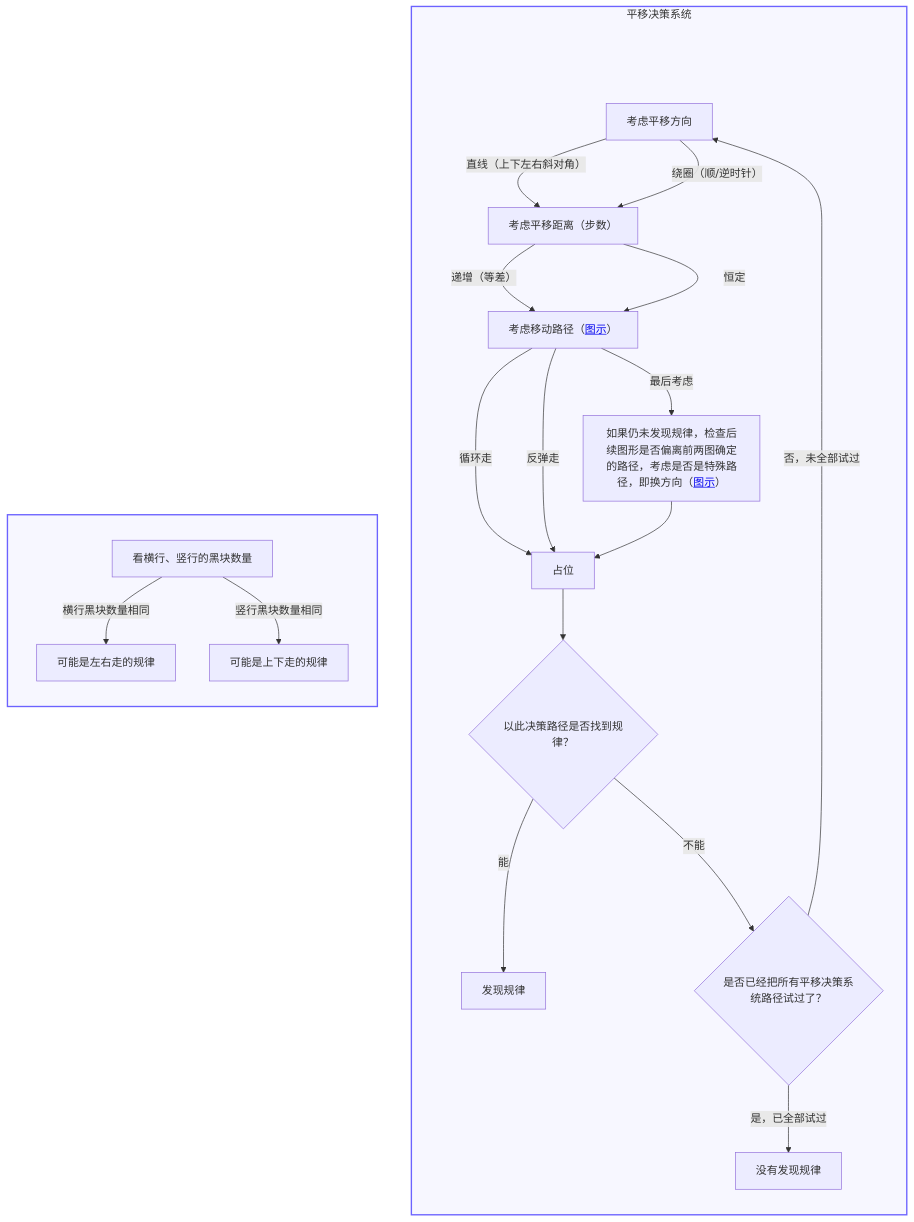
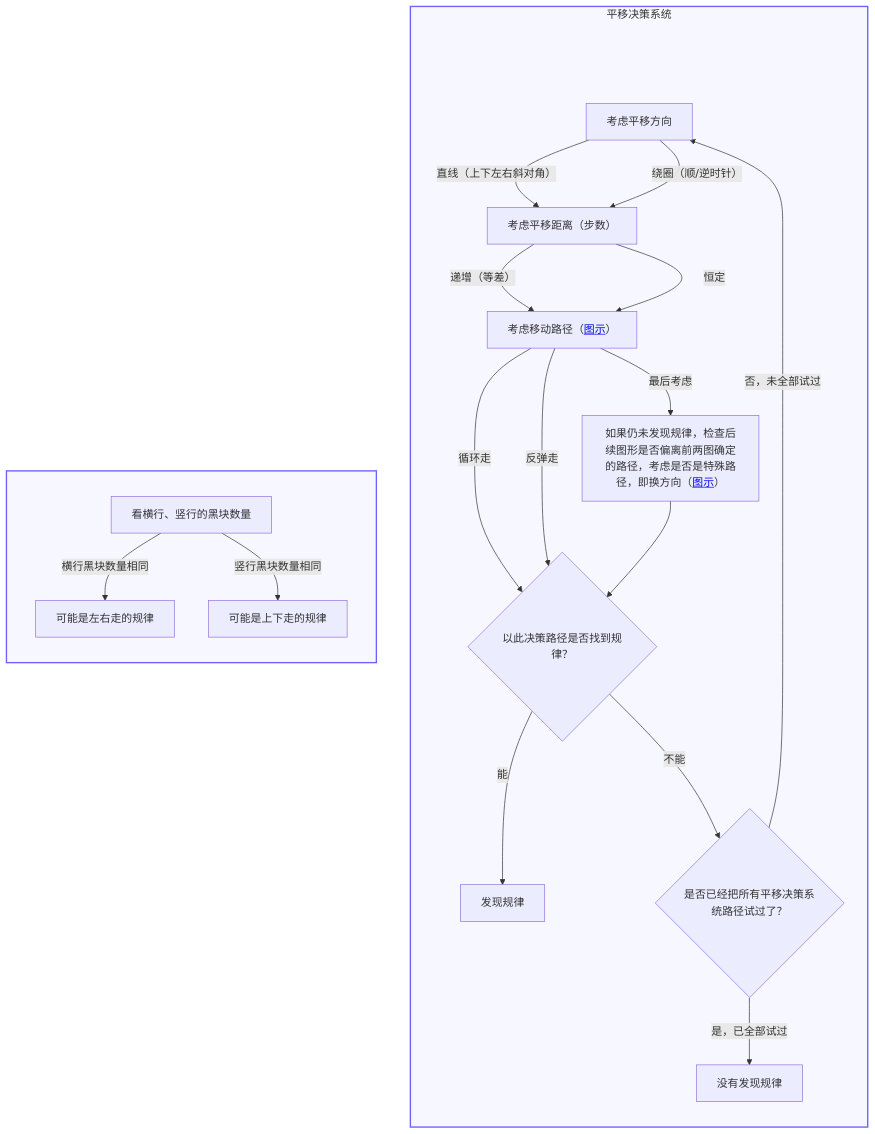
One commit to Qortired/Qortired.github.io changed the diagram in mermaid/decision-systems/move-decision-system.md. Above: the diagram before and after it, drawn with Mermaid. The commit also changed 31 other files, not shown here.

````diff
--- a/mermaid/decision-systems/move-decision-system.md
+++ b/mermaid/decision-systems/move-decision-system.md
@@ -1,35 +1,35 @@
 ```mermaid
 graph TD
     subgraph MOVE["<span style='color:#d14b4b;font-weight:700'>平移决策系统</span>"]
         direction TB
         MOVE_PAD[" "]
         MOVE_PAD ~~~ AE["考虑平移方向"]
         AE -->|直线（上下左右斜对角）| AF["考虑平移距离（步数）"]
         AE -->|绕圈（顺/逆时针）| AF
 
-        AG -->|循环走| MOVE_END["占位"]
-        AG -->|反弹走| MOVE_END
+        AG -->|循环走| AQ
+        AG -->|反弹走| AQ
         AG -->|最后考虑| AI["如果仍未发现规律，检查后续图形是否偏离前两图确定的路径，考虑是否是特殊路径，即换方向（<a href='../images/special-path-change-direction.png'>图示</a>）"]
         AF -->|递增（等差）| AG["考虑移动路径（<a href='../images/movement-path-cycle-rebound.png'>图示</a>）"]
         AF -->|恒定| AG
-        AI --> MOVE_END
+        AI --> AQ
 
-        MOVE_END --> AQ{"以此决策路径是否找到规律？"}
+        AQ{"以此决策路径是否找到规律？"}
         AQ -->|能| AK["发现规律"]
         AQ -->|不能| AR{"是否已经把所有平移决策系统路径试过了？"}
         AR -->|否，未全部试过| AE
         AR -->|是，已全部试过| AS["没有发现规律"]
     end
 
     style MOVE fill:#f7f7ff,stroke:#6c63ff,stroke-width:2px
     style MOVE_PAD fill:transparent,stroke:transparent,color:transparent
 
     subgraph LINEAR[" "]
         direction TB
         LINEAR_ENTRY["看横行、竖行的黑块数量"]
         LINEAR_ENTRY -->|横行黑块数量相同| AB["可能是左右走的规律"]
         LINEAR_ENTRY -->|竖行黑块数量相同| AC["可能是上下走的规律"]
     end
 
     style LINEAR fill:#f7f7ff,stroke:#6c63ff,stroke-width:2px
 ```
````
